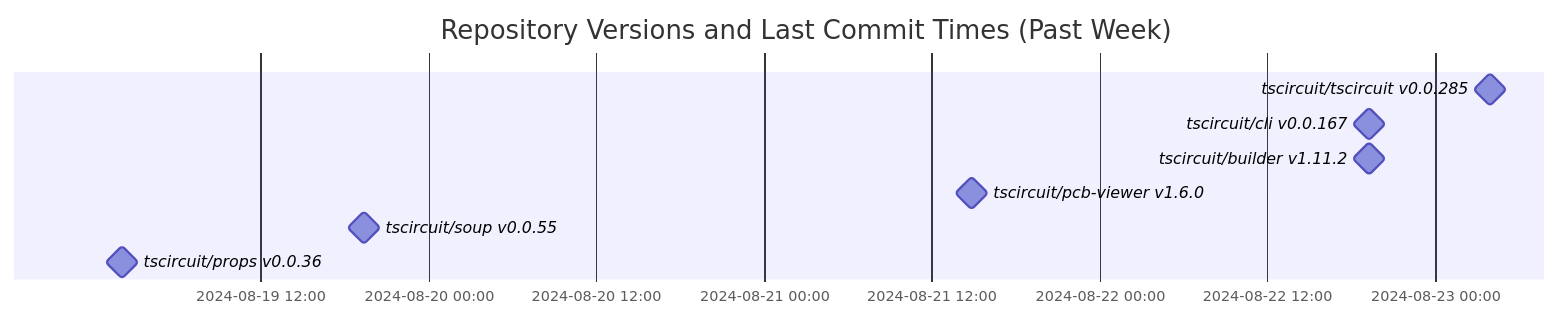
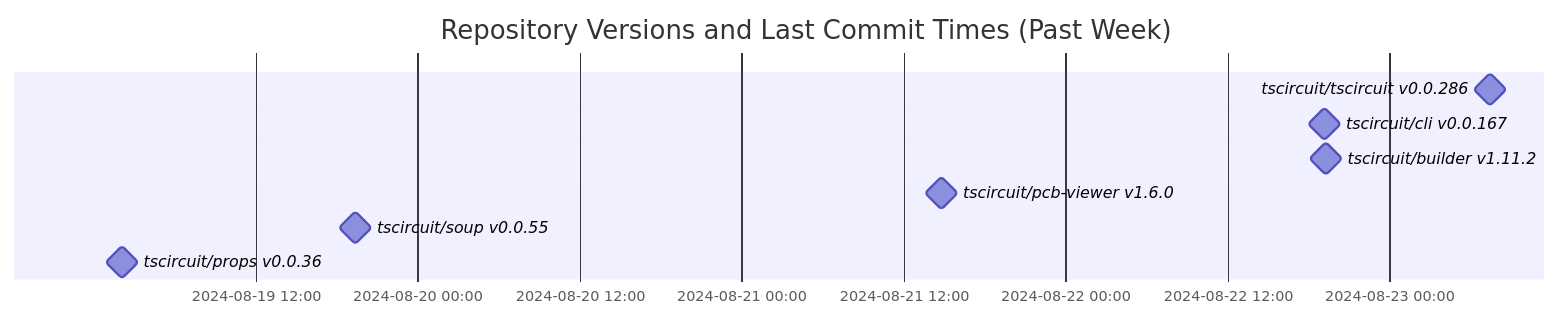
The diagram in README.md (tscircuit/version-tracker), drawn with Mermaid before and after one commit.

Commit message:
Update chart

````diff
--- a/README.md
+++ b/README.md
@@ -1,13 +1,13 @@
 ```mermaid
 gantt
   dateFormat  YYYY-MM-DD HH:mm:ss
   title Repository Versions and Last Commit Times (Past Week)
   axisFormat %Y-%m-%d %H:%M
 
-  tscircuit/tscircuit v0.0.285 : milestone, 2024-08-23 03:54:49, 1s
+  tscircuit/tscircuit v0.0.286 : milestone, 2024-08-23 07:26:54, 1s
   tscircuit/cli v0.0.167 : milestone, 2024-08-22 19:13:45, 1s
   tscircuit/builder v1.11.2 : milestone, 2024-08-22 19:17:19, 1s
   tscircuit/pcb-viewer v1.6.0 : milestone, 2024-08-21 14:48:25, 1s
   tscircuit/soup v0.0.55 : milestone, 2024-08-19 19:22:24, 1s
   tscircuit/props v0.0.36 : milestone, 2024-08-19 02:05:19, 1s
 ```
````
